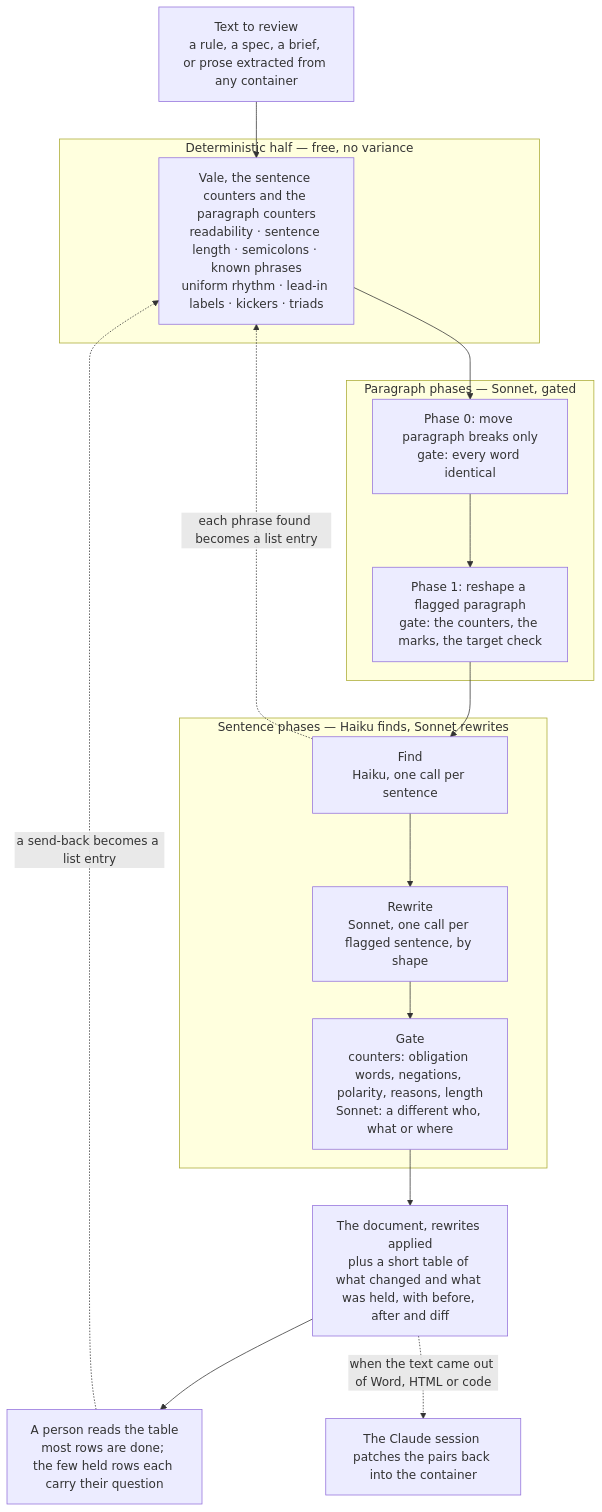
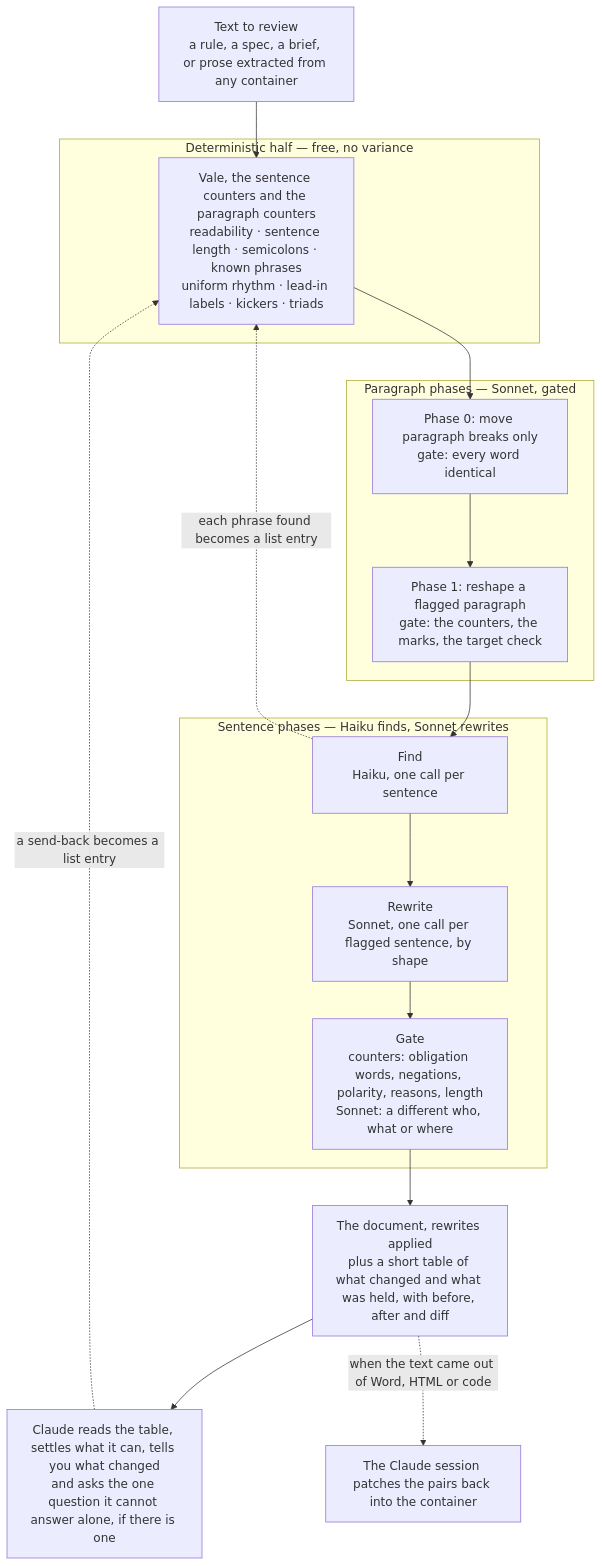
Before and after one commit to Fermi-Ventures/claudian-translator: the diagram in README.md, drawn with Mermaid. The commit also changed other lines of this file and 1 other file, not shown here.

Commit message:
the user's experience is a conversation: Claude reads the table, settles the held rows it can (it wrote the document), asks only what it cannot know; README and skill say so

````diff
--- a/README.md
+++ b/README.md
@@ -80,25 +80,25 @@
 ```mermaid
 flowchart TB
   T["Text to review\na rule, a spec, a brief, or prose extracted from any container"] --> V
   subgraph D["Deterministic half — free, no variance"]
     V["Vale, the sentence counters and the paragraph counters\nreadability · sentence length · semicolons · known phrases\nuniform rhythm · lead-in labels · kickers · triads"]
   end
   subgraph S["Paragraph phases — Sonnet, gated"]
     B["Phase 0: move paragraph breaks only\ngate: every word identical"]
     R["Phase 1: reshape a flagged paragraph\ngate: the counters, the marks, the target check"]
     B --> R
   end
   V --> B
   R --> F
   subgraph M["Sentence phases — Haiku finds, Sonnet rewrites"]
     F["Find\nHaiku, one call per sentence"]
     W["Rewrite\nSonnet, one call per flagged sentence, by shape"]
     C["Gate\ncounters: obligation words, negations, polarity, reasons, length\nSonnet: a different who, what or where"]
     F --> W --> C
   end
   C --> O["The document, rewrites applied\nplus a short table of what changed and what was held, with before, after and diff"]
-  O --> H["A person reads the table\nmost rows are done; the few held rows each carry their question"]
+  O --> H["Claude reads the table, settles what it can, tells you what changed\nand asks the one question it cannot answer alone, if there is one"]
   O -. "when the text came out of Word, HTML or code" .-> X["The Claude session patches the pairs back into the container"]
   F -. "each phrase found becomes a list entry" .-> V
   H -. "a send-back becomes a list entry" .-> V
 ```
````
